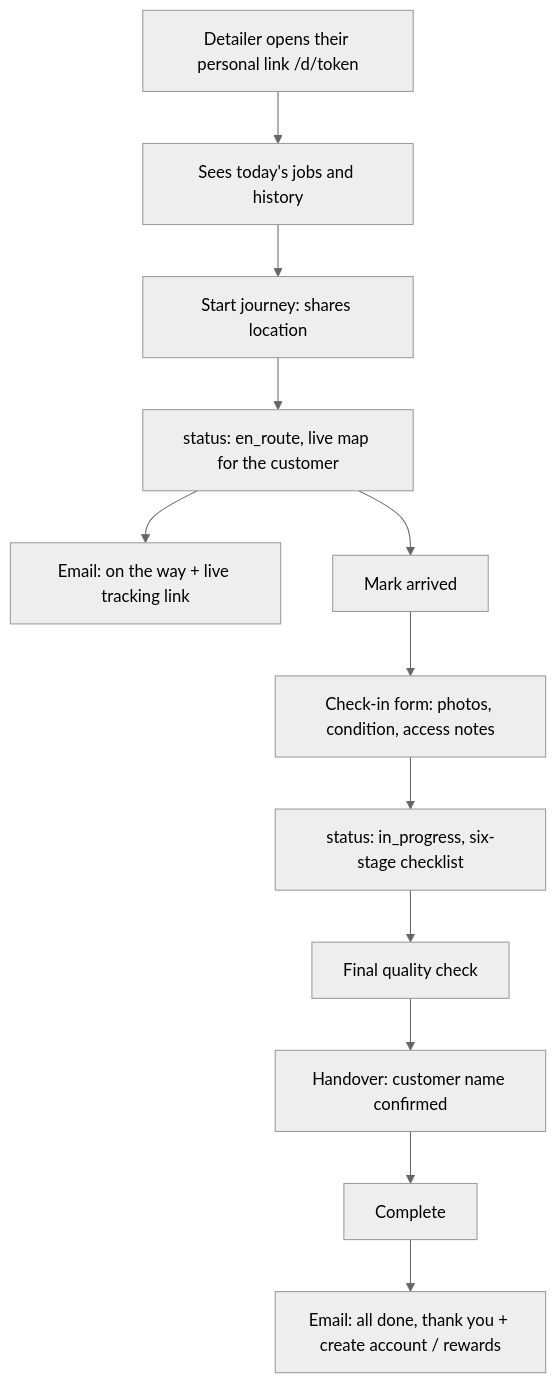
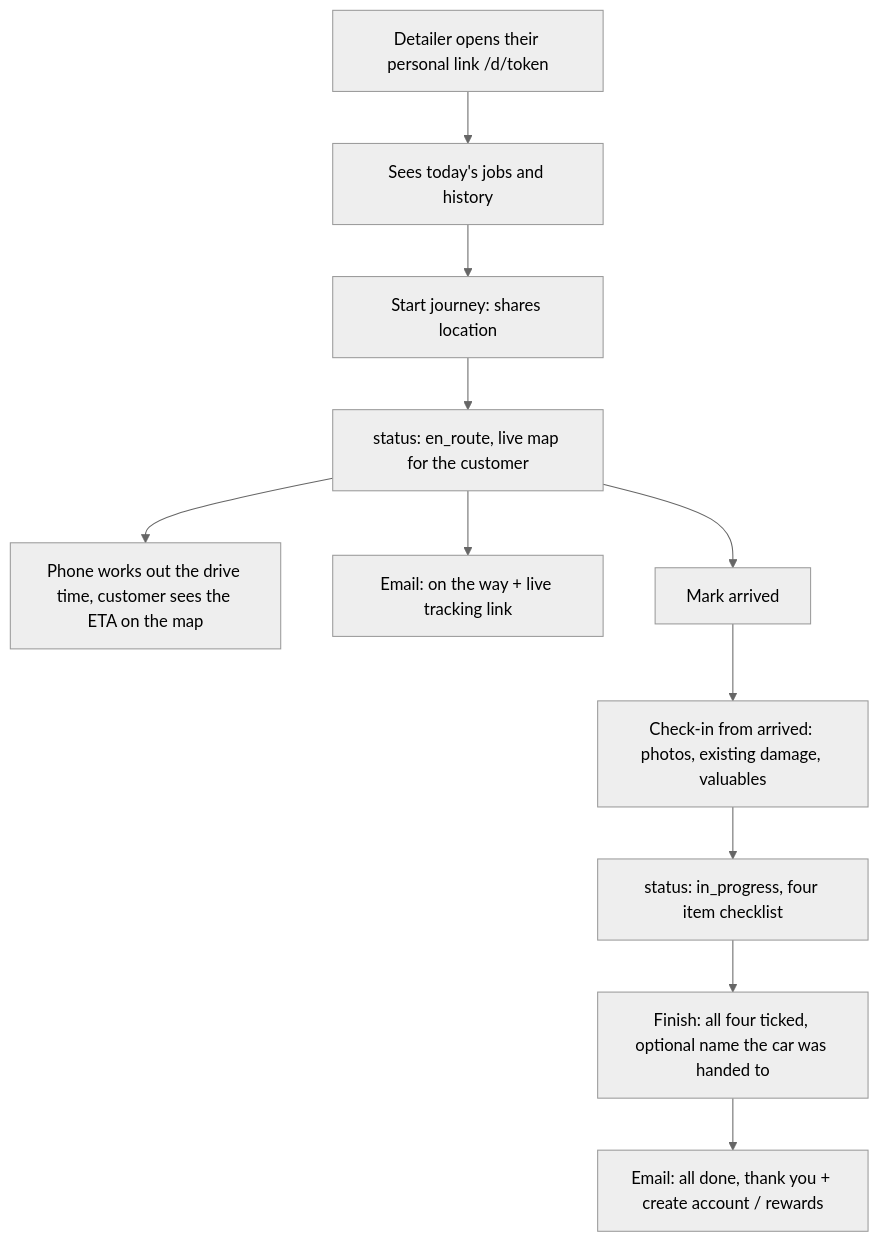
Before and after one commit to AbuFitz/TruetoDetailjobsystem: the third of 7 diagrams in docs/WORKFLOWS.md, drawn with Mermaid (neutral theme). The commit also changed other lines of this file and 15 other files, not shown here.

````diff
--- a/docs/WORKFLOWS.md
+++ b/docs/WORKFLOWS.md
@@ -51,14 +52,13 @@
 ```mermaid
 flowchart TD
   L[Detailer opens their personal link /d/token] --> J[Sees today's jobs and history]
   J --> SJ[Start journey: shares location]
   SJ --> EN[status: en_route, live map for the customer]
+  EN --> ETA[Phone works out the drive time, customer sees the ETA on the map]
   EN --> E1[Email: on the way + live tracking link]
   EN --> AR[Mark arrived]
-  AR --> CI[Check-in form: photos, condition, access notes]
-  CI --> IP[status: in_progress, six-stage checklist]
-  IP --> QC[Final quality check]
-  QC --> HO[Handover: customer name confirmed]
-  HO --> CO[Complete]
+  AR --> CI[Check-in from arrived: photos, existing damage, valuables]
+  CI --> IP[status: in_progress, four item checklist]
+  IP --> CO[Finish: all four ticked, optional name the car was handed to]
   CO --> E2[Email: all done, thank you + create account / rewards]
 ```
````
